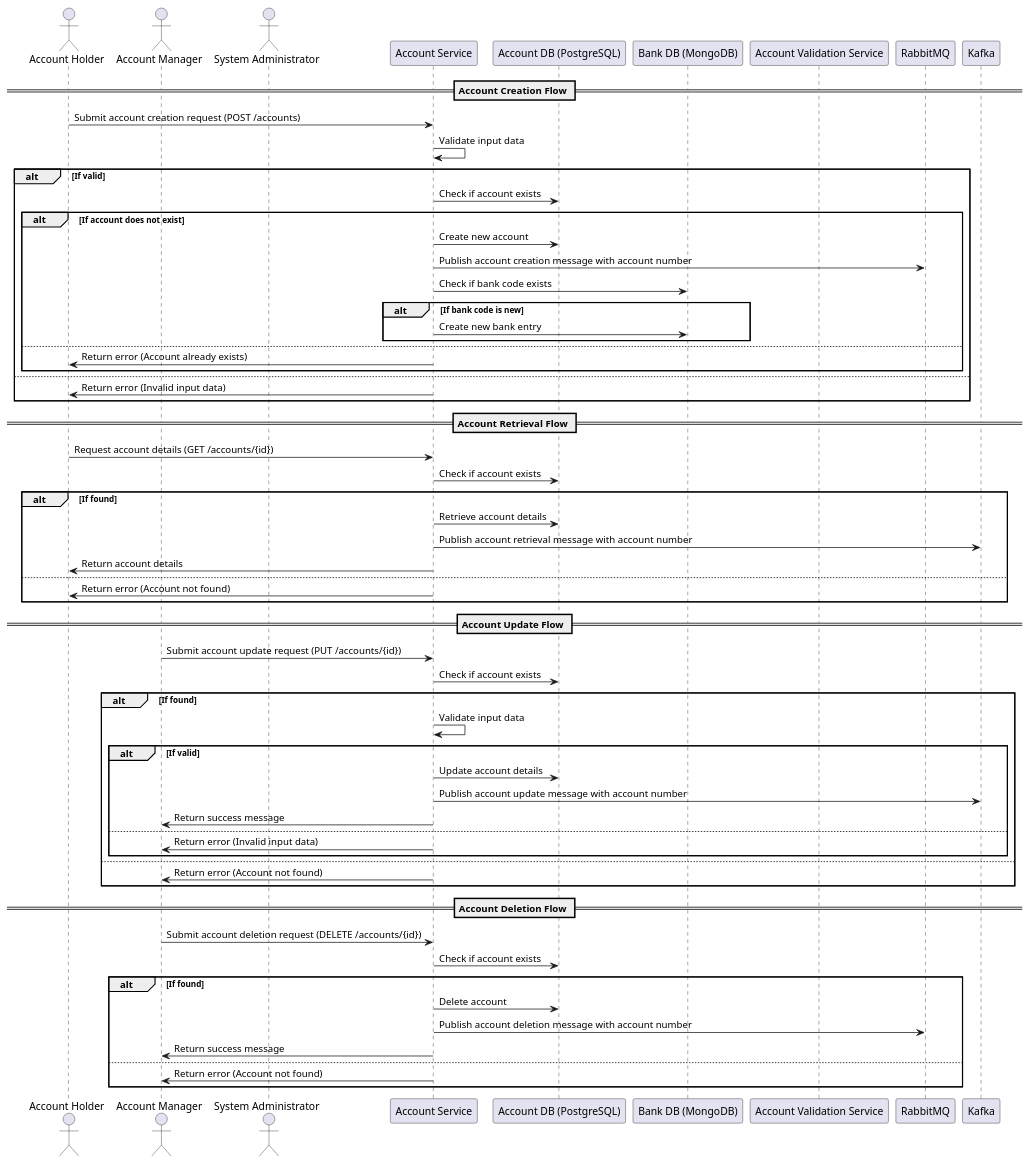
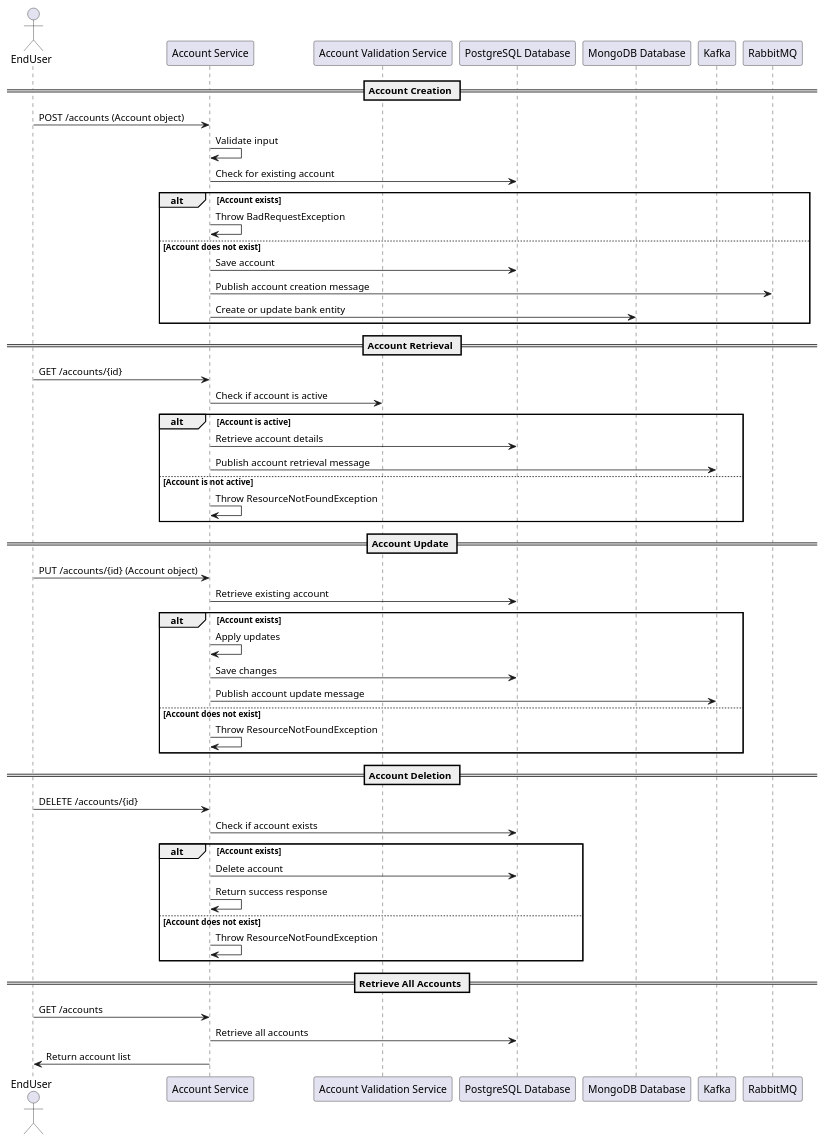
One commit to Bhaskar-Pavan/AccountService changed the diagram in GeneratedDesignDocument/AccountService_25.md. Above: the diagram before and after it, drawn with PlantUML. The commit also changed other lines of this file, not shown here.

````diff
--- a/GeneratedDesignDocument/AccountService_25.md
+++ b/GeneratedDesignDocument/AccountService_25.md
@@ -35,71 +49,60 @@
 ```plantuml
 @startuml
-actor "Account Holder" as AH
-actor "Account Manager" as AM
-actor "System Administrator" as SA
-participant "Account Service" as AS
-participant "Account DB (PostgreSQL)" as DB
-participant "Bank DB (MongoDB)" as BDB
-participant "Account Validation Service" as AVS
-participant "RabbitMQ" as RMQ
-participant "Kafka" as KAFKA
+actor EndUser as User
+participant "Account Service" as Service
+participant "Account Validation Service" as ValidationService
+participant "PostgreSQL Database" as PostgreSQL
+participant "MongoDB Database" as MongoDB
+participant "Kafka" as Kafka
+participant "RabbitMQ" as RabbitMQ
 
-== Account Creation Flow ==
-AH -> AS : Submit account creation request (POST /accounts)
-AS -> AS : Validate input data
-alt If valid
-    AS -> DB : Check if account exists
-    alt If account does not exist
-        AS -> DB : Create new account
-        AS -> RMQ : Publish account creation message with account number
-        AS -> BDB : Check if bank code exists
-        alt If bank code is new
-            AS -> BDB : Create new bank entry
-        end
-    else
-        AS -> AH : Return error (Account already exists)
-    end
-else
-    AS -> AH : Return error (Invalid input data)
+== Account Creation ==
+User -> Service: POST /accounts (Account object)
+Service -> Service: Validate input
+Service -> PostgreSQL: Check for existing account
+alt Account exists
+    Service -> Service: Throw BadRequestException
+else Account does not exist
+    Service -> PostgreSQL: Save account
+    Service -> RabbitMQ: Publish account creation message
+    Service -> MongoDB: Create or update bank entity
 end
 
-== Account Retrieval Flow ==
-AH -> AS : Request account details (GET /accounts/{id})
-AS -> DB : Check if account exists
-alt If found
-    AS -> DB : Retrieve account details
-    AS -> KAFKA : Publish account retrieval message with account number
-    AS -> AH : Return account details
-else
-    AS -> AH : Return error (Account not found)
+== Account Retrieval ==
+User -> Service: GET /accounts/{id}
+Service -> ValidationService: Check if account is active
+alt Account is active
+    Service -> PostgreSQL: Retrieve account details
+    Service -> Kafka: Publish account retrieval message
+else Account is not active
+    Service -> Service: Throw ResourceNotFoundException
 end
 
-== Account Update Flow ==
-AM -> AS : Submit account update request (PUT /accounts/{id})
-AS -> DB : Check if account exists
-alt If found
-    AS -> AS : Validate input data
-    alt If valid
-        AS -> DB : Update account details
-        AS -> KAFKA : Publish account update message with account number
-        AS -> AM : Return success message
-    else
-        AS -> AM : Return error (Invalid input data)
-    end
-else
-    AS -> AM : Return error (Account not found)
+== Account Update ==
+User -> Service: PUT /accounts/{id} (Account object)
+Service -> PostgreSQL: Retrieve existing account
+alt Account exists
+    Service -> Service: Apply updates
+    Service -> PostgreSQL: Save changes
+    Service -> Kafka: Publish account update message
+else Account does not exist
+    Service -> Service: Throw ResourceNotFoundException
 end
 
-== Account Deletion Flow ==
-AM -> AS : Submit account deletion request (DELETE /accounts/{id})
-AS -> DB : Check if account exists
-alt If found
-    AS -> DB : Delete account
-    AS -> RMQ : Publish account deletion message with account number
-    AS -> AM : Return success message
-else
-    AS -> AM : Return error (Account not found)
+== Account Deletion ==
+User -> Service: DELETE /accounts/{id}
+Service -> PostgreSQL: Check if account exists
+alt Account exists
+    Service -> PostgreSQL: Delete account
+    Service -> Service: Return success response
+else Account does not exist
+    Service -> Service: Throw ResourceNotFoundException
 end
+
+== Retrieve All Accounts ==
+User -> Service: GET /accounts
+Service -> PostgreSQL: Retrieve all accounts
+Service -> User: Return account list
 
 @enduml
 ```
````
